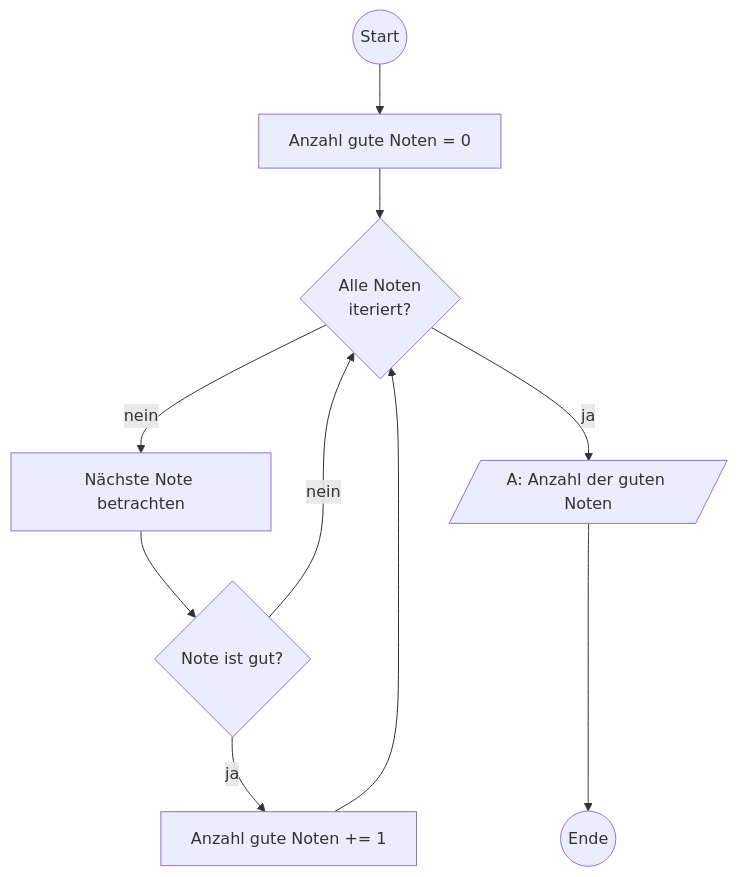
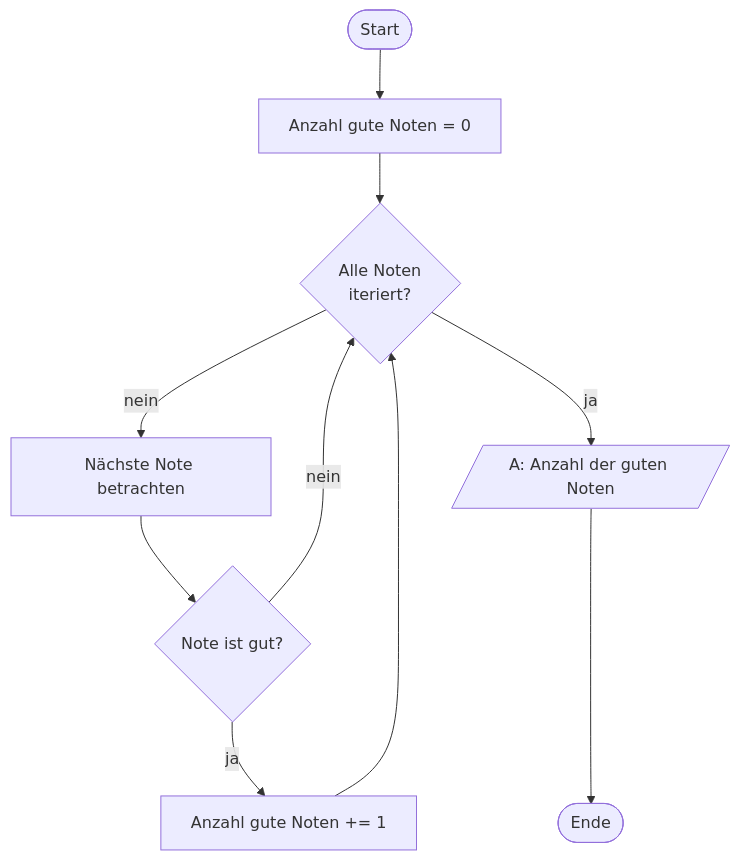
Before and after one commit to SRH-PAU-Testorganisation/2369-2469-Prog-M2-Assignments: the third of 3 diagrams in _10_CodeToPap/GradeCalcPAP_Solution.md, drawn with Mermaid. The commit also changed other lines of this file and 4 other files, not shown here.

````diff
--- a/_10_CodeToPap/GradeCalcPAP_Solution.md
+++ b/_10_CodeToPap/GradeCalcPAP_Solution.md
@@ -58,23 +58,23 @@
 ```mermaid
 flowchart
-    Start((Start))
+    Start([Start])
     -->
     Init[Anzahl gute Noten = 0]
     -->
     ForGrAmount{Alle Noten\n iteriert?}
     --nein-->
     sdf[Nächste Note betrachten]
     -->
     IfGood{Note ist gut?}
     --ja-->
     Add[Anzahl gute Noten += 1]
     -->
     ForGrAmount
     IfGood{Note ist gut?}
     --nein-->
     ForGrAmount
     --ja-->
     OutpAvg[/"A: Anzahl der guten Noten"/]
     --->
-    Ende((Ende))
+    Ende([Ende])
 ```
````
